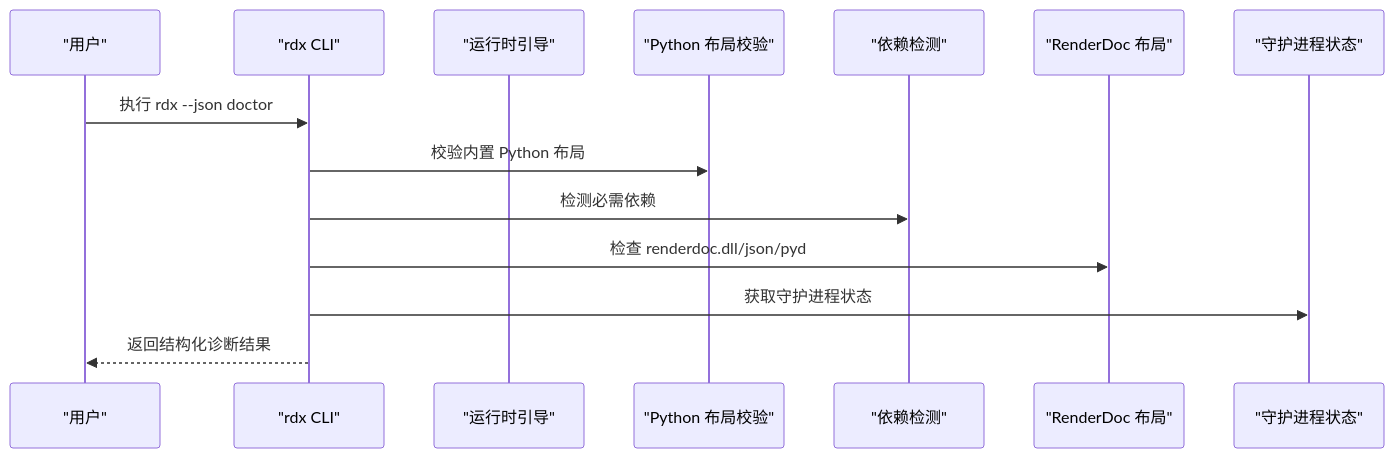
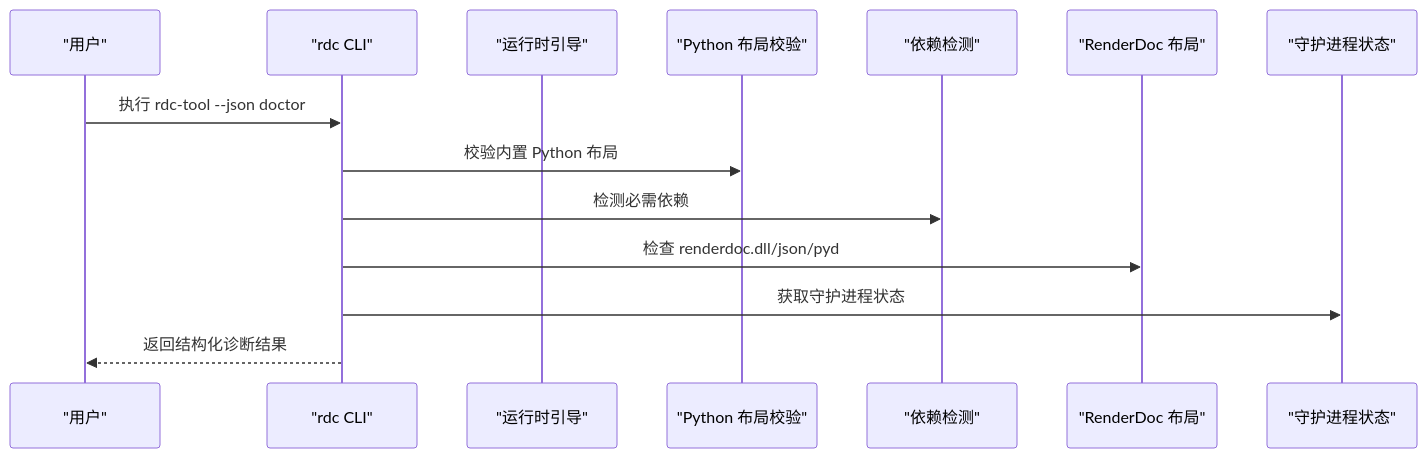
The second of 3 diagrams in .qoder/repowiki/zh/content/故障排除/环境问题诊断.md (haolange/RDC-Tool), drawn with Mermaid before and after one commit. The commit also changed other lines of this file and 388 other files, not shown here.

First line of the commit message:
Release RDC-Tool identity and public maintenance surface

````diff
--- a/.qoder/repowiki/zh/content/故障排除/环境问题诊断.md
+++ b/.qoder/repowiki/zh/content/故障排除/环境问题诊断.md
@@ -87,16 +87,16 @@
 ```mermaid
 sequenceDiagram
 participant U as "用户"
-participant CLI as "rdx CLI"
+participant CLI as "rdc CLI"
 participant BR as "运行时引导"
 participant PR as "Python 布局校验"
 participant RR as "依赖检测"
 participant RD as "RenderDoc 布局"
 participant DA as "守护进程状态"
-U->>CLI : 执行 rdx --json doctor
+U->>CLI : 执行 rdc-tool --json doctor
 CLI->>PR : 校验内置 Python 布局
 CLI->>RR : 检测必需依赖
 CLI->>RD : 检查 renderdoc.dll/json/pyd
 CLI->>DA : 获取守护进程状态
 CLI-->>U : 返回结构化诊断结果
 ```
````
